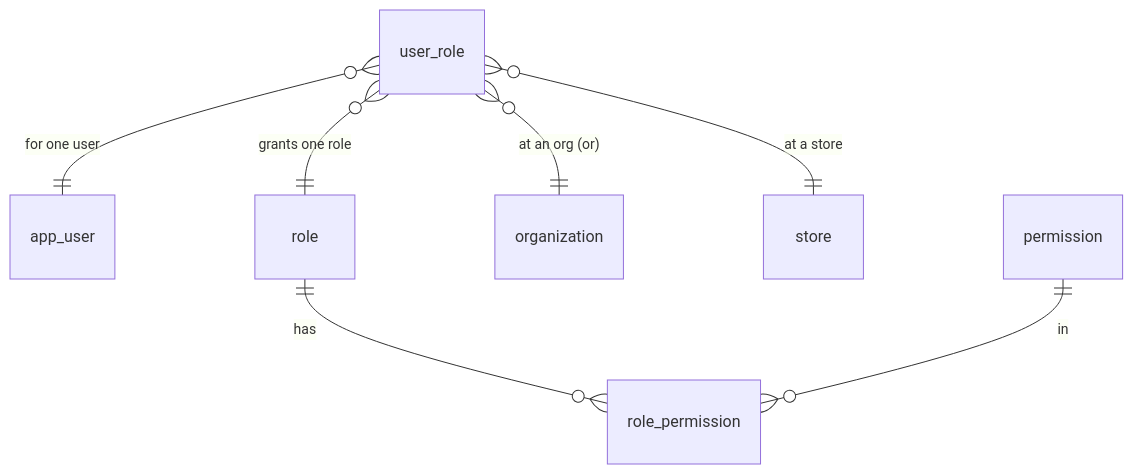
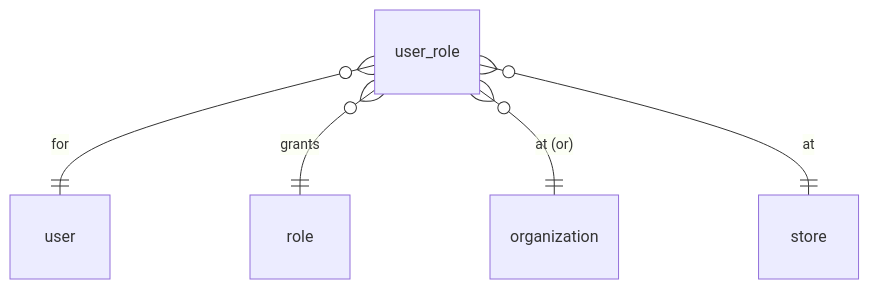
Before and after one commit to Shahrukh489/gekkosuite-api: the fourth of 7 diagrams in docs/database.md, drawn with Mermaid. The commit also changed other lines of this file, not shown here.

Commit message:
working on db er diagram

````diff
--- a/docs/database.md
+++ b/docs/database.md
@@ -174,9 +165,7 @@
 ```mermaid
 erDiagram
-    user_role }o--|| app_user : "for one user"
-    user_role }o--|| role : "grants one role"
-    user_role }o--|| organization : "at an org (or)"
-    user_role }o--|| store : "at a store"
-    role      ||--o{ role_permission : "has"
-    permission ||--o{ role_permission : "in"
+    user_role }o--|| user : "for"
+    user_role }o--|| role : "grants"
+    user_role }o--|| organization : "at (or)"
+    user_role }o--|| store : "at"
 ```
````
